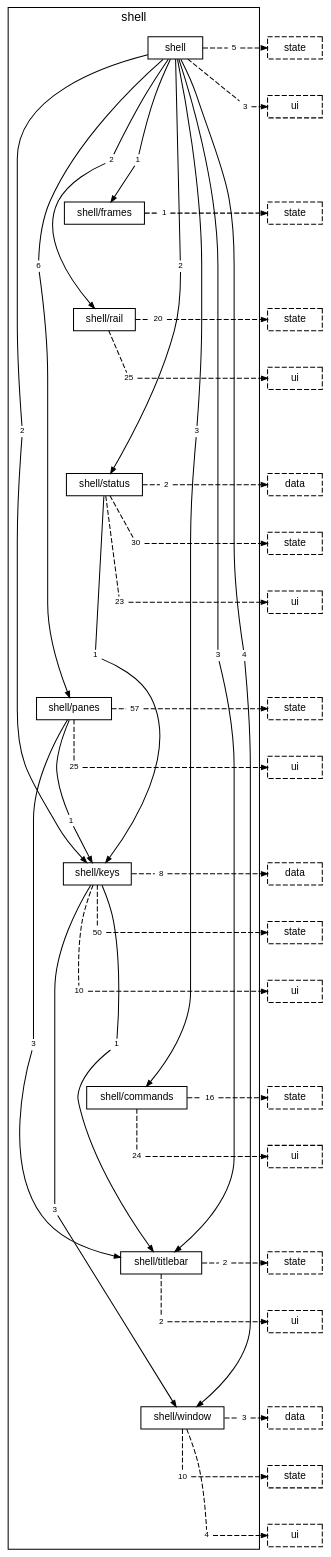
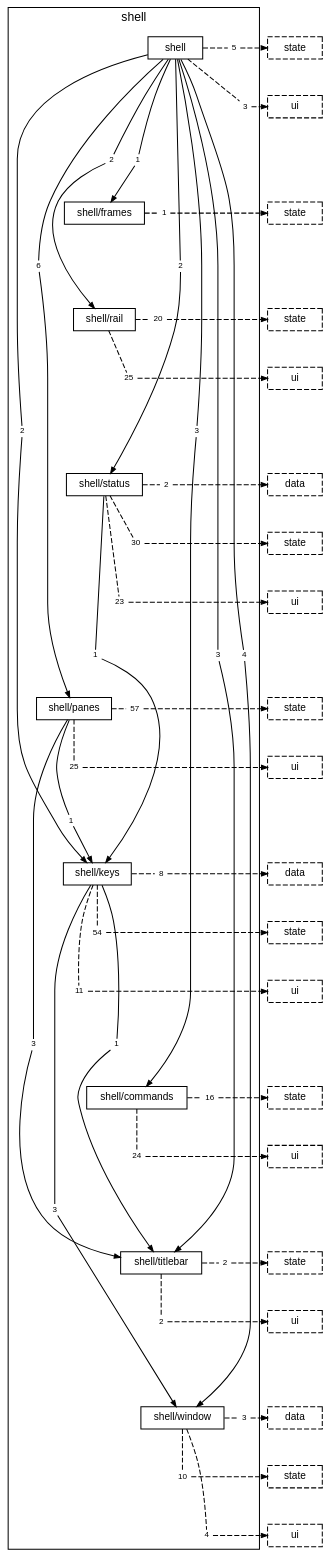
The diagram in docs/diagrams/layer-shell.dot (TheAxeC/oculus), drawn with Graphviz before and after one commit. The commit also changed 233 other files, not shown here.

```diff
--- a/docs/diagrams/layer-shell.dot
+++ b/docs/diagrams/layer-shell.dot
@@ -37,8 +37,8 @@
         "folder shell/keys to folder shell/titlebar" [label="1", shape=box, color="transparent", fontsize=8, width=0, height=0, margin="0.04,0.02"];
         "folder shell/keys to folder shell/window" [label="3", shape=box, color="transparent", fontsize=8, width=0, height=0, margin="0.04,0.02"];
         "folder shell/keys to layer data" [label="8", shape=box, color="transparent", fontsize=8, width=0, height=0, margin="0.04,0.02"];
-        "folder shell/keys to layer state" [label="50", shape=box, color="transparent", fontsize=8, width=0, height=0, margin="0.04,0.02"];
-        "folder shell/keys to layer ui" [label="10", shape=box, color="transparent", fontsize=8, width=0, height=0, margin="0.04,0.02"];
+        "folder shell/keys to layer state" [label="54", shape=box, color="transparent", fontsize=8, width=0, height=0, margin="0.04,0.02"];
+        "folder shell/keys to layer ui" [label="11", shape=box, color="transparent", fontsize=8, width=0, height=0, margin="0.04,0.02"];
         "folder shell/commands to layer state" [label="16", shape=box, color="transparent", fontsize=8, width=0, height=0, margin="0.04,0.02"];
         "folder shell/commands to layer ui" [label="24", shape=box, color="transparent", fontsize=8, width=0, height=0, margin="0.04,0.02"];
         "folder shell/titlebar to layer state" [label="2", shape=box, color="transparent", fontsize=8, width=0, height=0, margin="0.04,0.02"];
```
